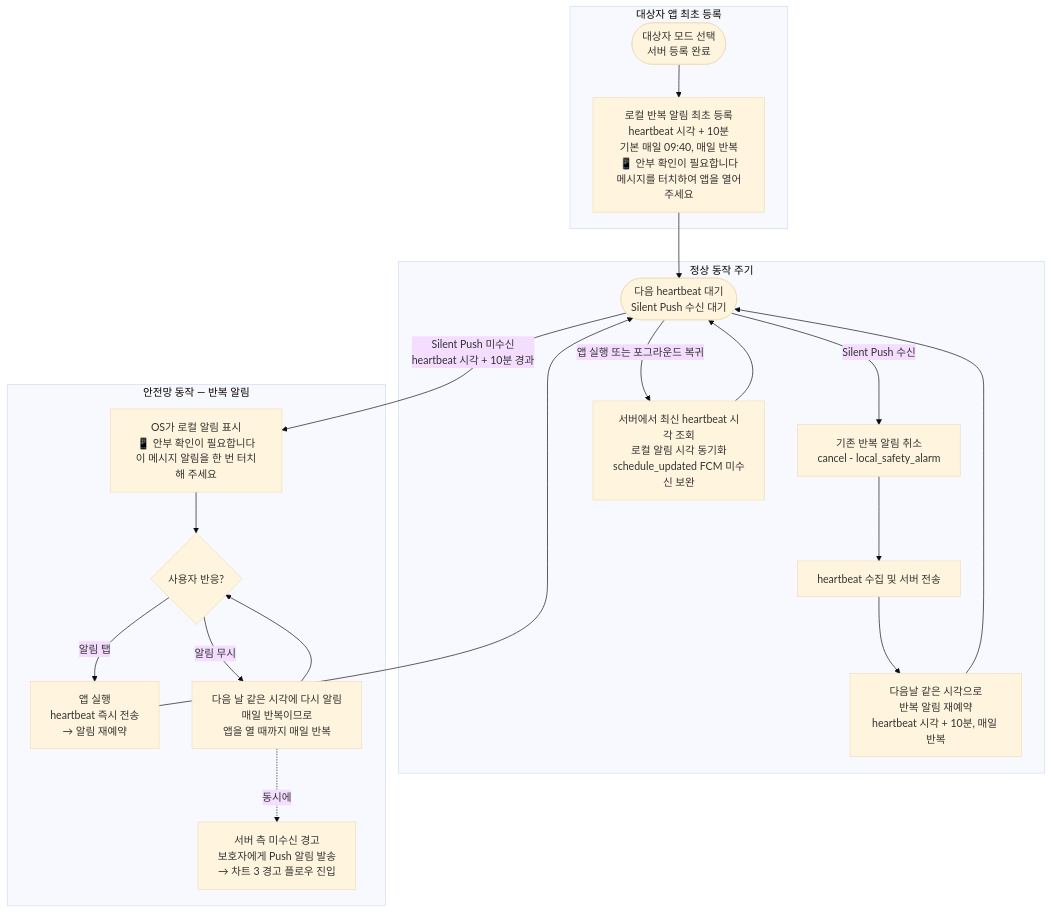
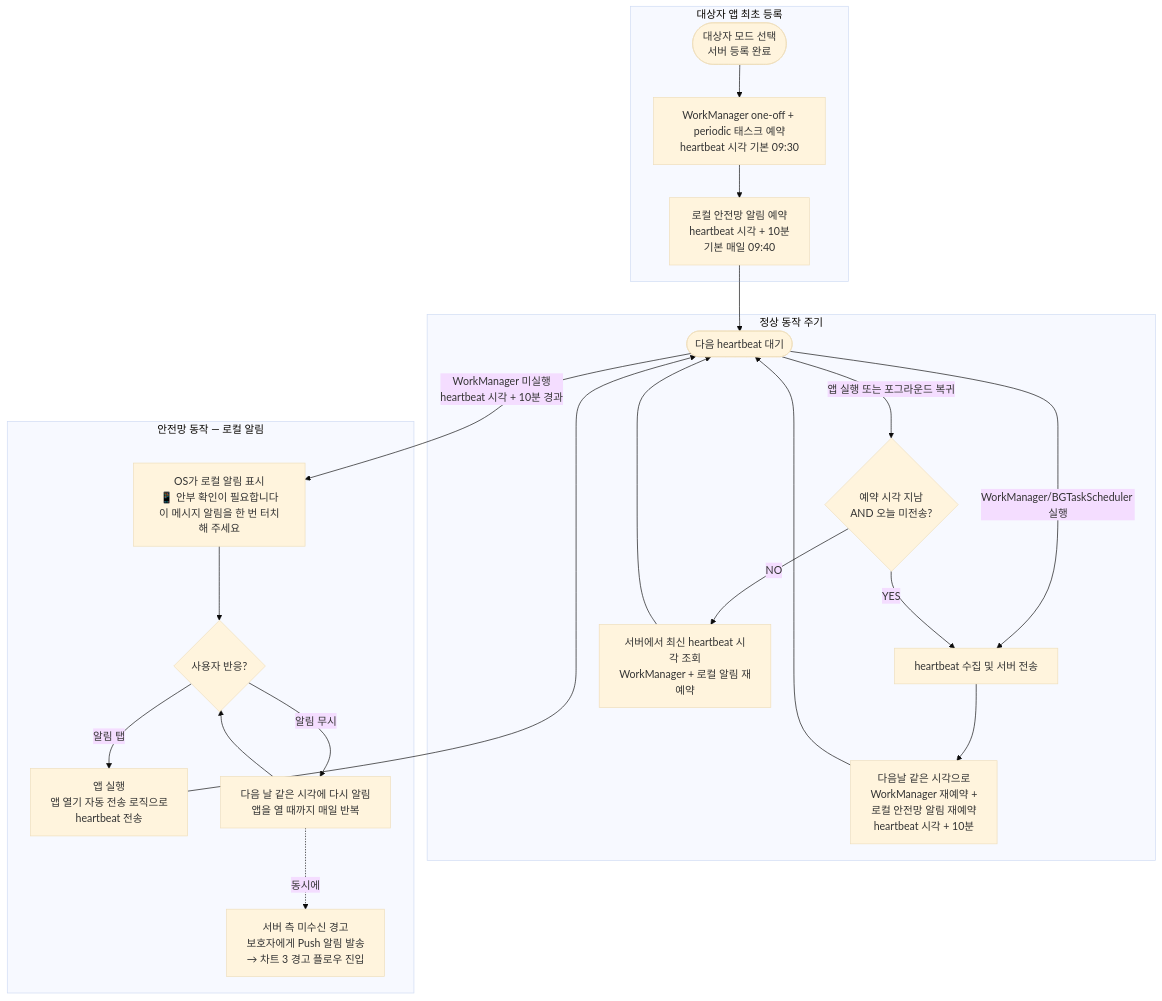
One commit to l10s18bok/kr.co.anbucheck changed the seventh of 7 diagrams in .ref/heartbeat_flowchart.md. Above: the diagram before and after it, drawn with Mermaid (base theme). The commit also changed other lines of this file and 17 other files, not shown here.

First line of the commit message:
리팩토링: heartbeat 트리거를 서버 Silent Push에서 WorkManager/BGTask로 전환

````diff
--- a/.ref/heartbeat_flowchart.md
+++ b/.ref/heartbeat_flowchart.md
@@ -239,35 +237,37 @@
 ```mermaid
 flowchart TD
     subgraph 최초설치[대상자 앱 최초 등록]
         Install([대상자 모드 선택<br/>서버 등록 완료])
-        Install --> FirstSchedule[로컬 반복 알림 최초 등록<br/>heartbeat 시각 + 10분<br/>기본 매일 09:40, 매일 반복<br/>📱 안부 확인이 필요합니다<br/>메시지를 터치하여 앱을 열어주세요]
+        Install --> FirstWM[WorkManager one-off + periodic 태스크 예약<br/>heartbeat 시각 기본 09:30]
+        FirstWM --> FirstAlarm[로컬 안전망 알림 예약<br/>heartbeat 시각 + 10분<br/>기본 매일 09:40]
     end
 
-    FirstSchedule --> Wait
+    FirstAlarm --> Wait
 
     subgraph 정상주기[정상 동작 주기]
-        Wait([다음 heartbeat 대기<br/>Silent Push 수신 대기])
-        Wait -->|Silent Push 수신| Cancel[기존 반복 알림 취소<br/>cancel - local_safety_alarm]
-        Cancel --> Collect[heartbeat 수집 및 서버 전송]
-        Collect --> Reschedule[다음날 같은 시각으로<br/>반복 알림 재예약<br/>heartbeat 시각 + 10분, 매일 반복]
+        Wait([다음 heartbeat 대기])
+        Wait -->|WorkManager/BGTaskScheduler 실행| Collect[heartbeat 수집 및 서버 전송]
+        Collect --> Reschedule[다음날 같은 시각으로<br/>WorkManager 재예약 +<br/>로컬 안전망 알림 재예약<br/>heartbeat 시각 + 10분]
         Reschedule --> Wait
-        Wait -->|앱 실행 또는 포그라운드 복귀| ServerSync[서버에서 최신 heartbeat 시각 조회<br/>로컬 알림 시각 동기화<br/>schedule_updated FCM 미수신 보완]
+        Wait -->|앱 실행 또는 포그라운드 복귀| AutoSend{예약 시각 지남<br/>AND 오늘 미전송?}
+        AutoSend -->|YES| Collect
+        AutoSend -->|NO| ServerSync[서버에서 최신 heartbeat 시각 조회<br/>WorkManager + 로컬 알림 재예약]
         ServerSync --> Wait
     end
 
-    Wait -->|Silent Push 미수신<br/>heartbeat 시각 + 10분 경과| Alarm
+    Wait -->|WorkManager 미실행<br/>heartbeat 시각 + 10분 경과| Alarm
 
-    subgraph 안전망[안전망 동작 — 반복 알림]
+    subgraph 안전망[안전망 동작 — 로컬 알림]
         Alarm[OS가 로컬 알림 표시<br/>📱 안부 확인이 필요합니다<br/>이 메시지 알림을 한 번 터치해 주세요]
 
         Alarm --> UserAction{사용자 반응?}
 
-        UserAction -->|알림 탭| AppOpen[앱 실행<br/>heartbeat 즉시 전송<br/>→ 알림 재예약]
+        UserAction -->|알림 탭| AppOpen[앱 실행<br/>앱 열기 자동 전송 로직으로<br/>heartbeat 전송]
         AppOpen --> Wait
 
-        UserAction -->|알림 무시| Repeat[다음 날 같은 시각에 다시 알림<br/>매일 반복이므로<br/>앱을 열 때까지 매일 반복]
+        UserAction -->|알림 무시| Repeat[다음 날 같은 시각에 다시 알림<br/>앱을 열 때까지 매일 반복]
         Repeat --> UserAction
 
         Repeat -.->|동시에| ServerAlert[서버 측 미수신 경고<br/>보호자에게 Push 알림 발송<br/>→ 차트 3 경고 플로우 진입]
     end
 ```
````
